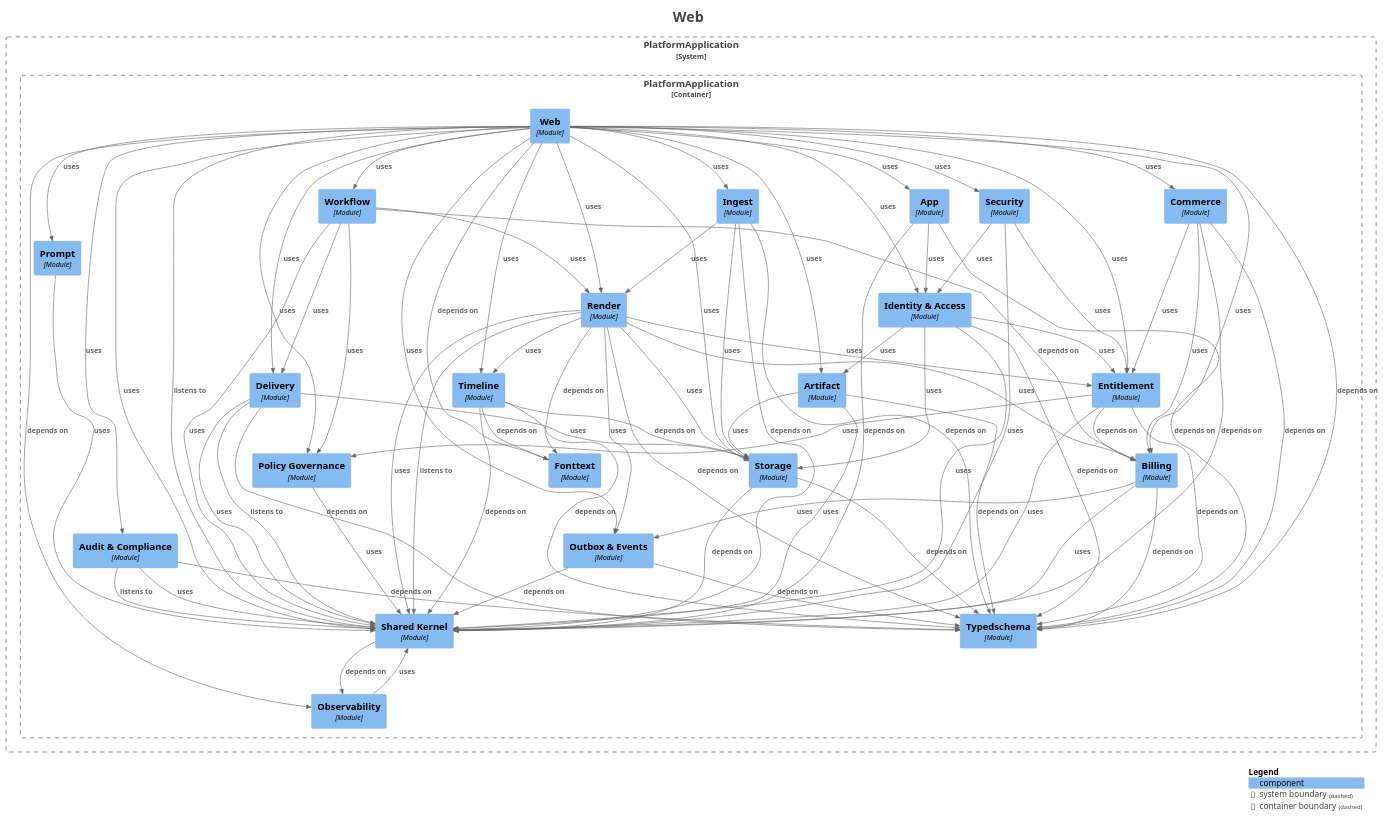
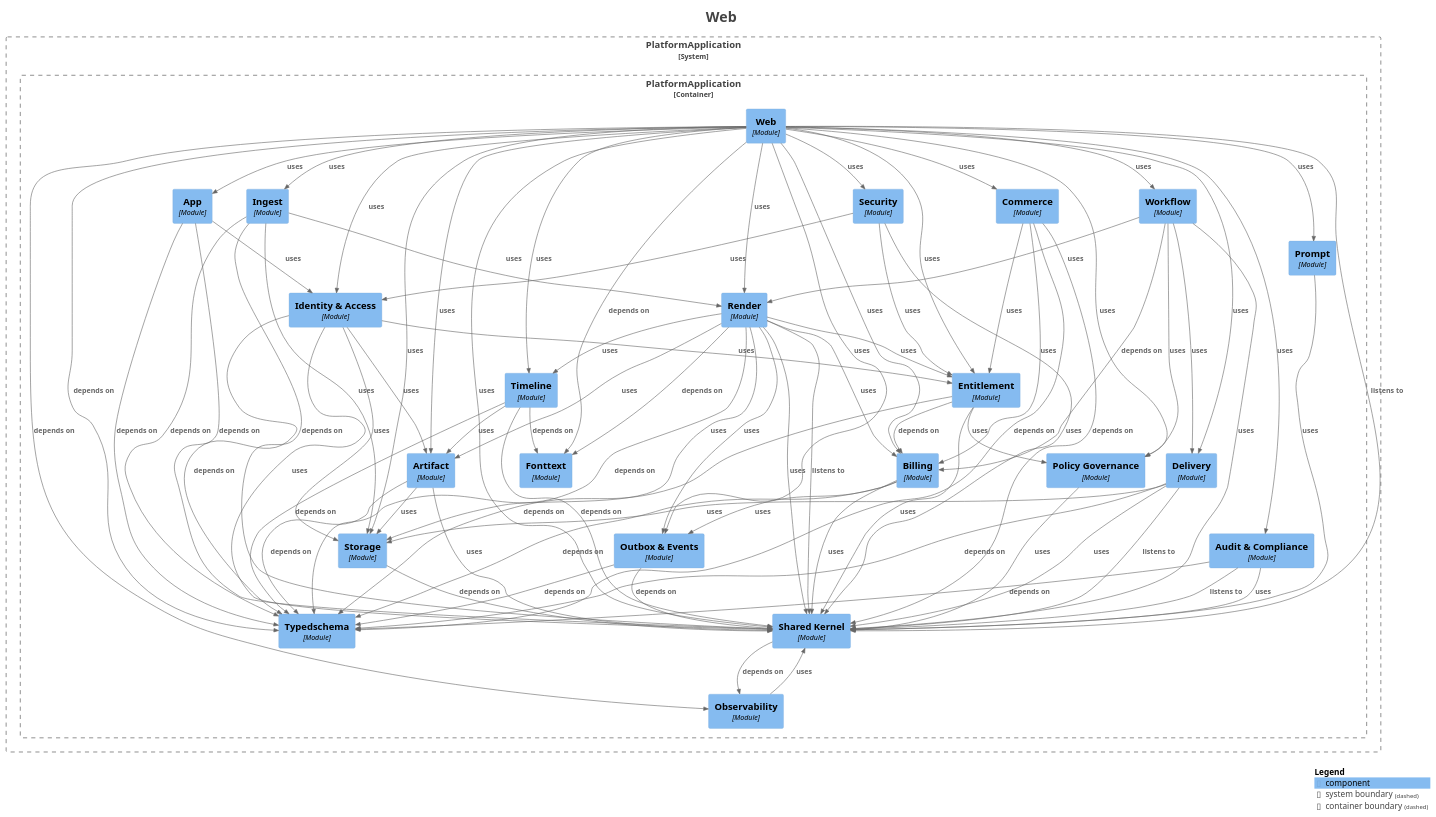
One commit to shangxq007/media-platform changed the diagram in platform-app/docs/architecture/maps/generated/modulith/module-web.puml. Above: the diagram before and after it, drawn with PlantUML. The commit also changed 163 other files, not shown here.

```diff
--- a/platform-app/docs/architecture/maps/generated/modulith/module-web.puml
+++ b/platform-app/docs/architecture/maps/generated/modulith/module-web.puml
@@ -81,6 +81,7 @@
 Rel(PlatformApplication.PlatformApplication.OutboxEvents, PlatformApplication.PlatformApplication.Typedschema, "depends on", $techn="", $tags="", $link="")
 Rel(PlatformApplication.PlatformApplication.PolicyGovernance, PlatformApplication.PlatformApplication.SharedKernel, "uses", $techn="", $tags="", $link="")
 Rel(PlatformApplication.PlatformApplication.Prompt, PlatformApplication.PlatformApplication.SharedKernel, "uses", $techn="", $tags="", $link="")
+Rel(PlatformApplication.PlatformApplication.Render, PlatformApplication.PlatformApplication.Artifact, "uses", $techn="", $tags="", $link="")
 Rel(PlatformApplication.PlatformApplication.Render, PlatformApplication.PlatformApplication.Billing, "uses", $techn="", $tags="", $link="")
 Rel(PlatformApplication.PlatformApplication.Render, PlatformApplication.PlatformApplication.Entitlement, "uses", $techn="", $tags="", $link="")
 Rel(PlatformApplication.PlatformApplication.Render, PlatformApplication.PlatformApplication.Fonttext, "depends on", $techn="", $tags="", $link="")
@@ -95,10 +96,9 @@
 Rel(PlatformApplication.PlatformApplication.Security, PlatformApplication.PlatformApplication.SharedKernel, "uses", $techn="", $tags="", $link="")
 Rel(PlatformApplication.PlatformApplication.SharedKernel, PlatformApplication.PlatformApplication.Observability, "depends on", $techn="", $tags="", $link="")
 Rel(PlatformApplication.PlatformApplication.Storage, PlatformApplication.PlatformApplication.SharedKernel, "depends on", $techn="", $tags="", $link="")
-Rel(PlatformApplication.PlatformApplication.Storage, PlatformApplication.PlatformApplication.Typedschema, "depends on", $techn="", $tags="", $link="")
+Rel(PlatformApplication.PlatformApplication.Timeline, PlatformApplication.PlatformApplication.Artifact, "uses", $techn="", $tags="", $link="")
 Rel(PlatformApplication.PlatformApplication.Timeline, PlatformApplication.PlatformApplication.Fonttext, "depends on", $techn="", $tags="", $link="")
 Rel(PlatformApplication.PlatformApplication.Timeline, PlatformApplication.PlatformApplication.SharedKernel, "depends on", $techn="", $tags="", $link="")
-Rel(PlatformApplication.PlatformApplication.Timeline, PlatformApplication.PlatformApplication.Storage, "depends on", $techn="", $tags="", $link="")
 Rel(PlatformApplication.PlatformApplication.Timeline, PlatformApplication.PlatformApplication.Typedschema, "depends on", $techn="", $tags="", $link="")
 Rel(PlatformApplication.PlatformApplication.Web, PlatformApplication.PlatformApplication.App, "uses", $techn="", $tags="", $link="")
 Rel(PlatformApplication.PlatformApplication.Web, PlatformApplication.PlatformApplication.Artifact, "uses", $techn="", $tags="", $link="")
```
